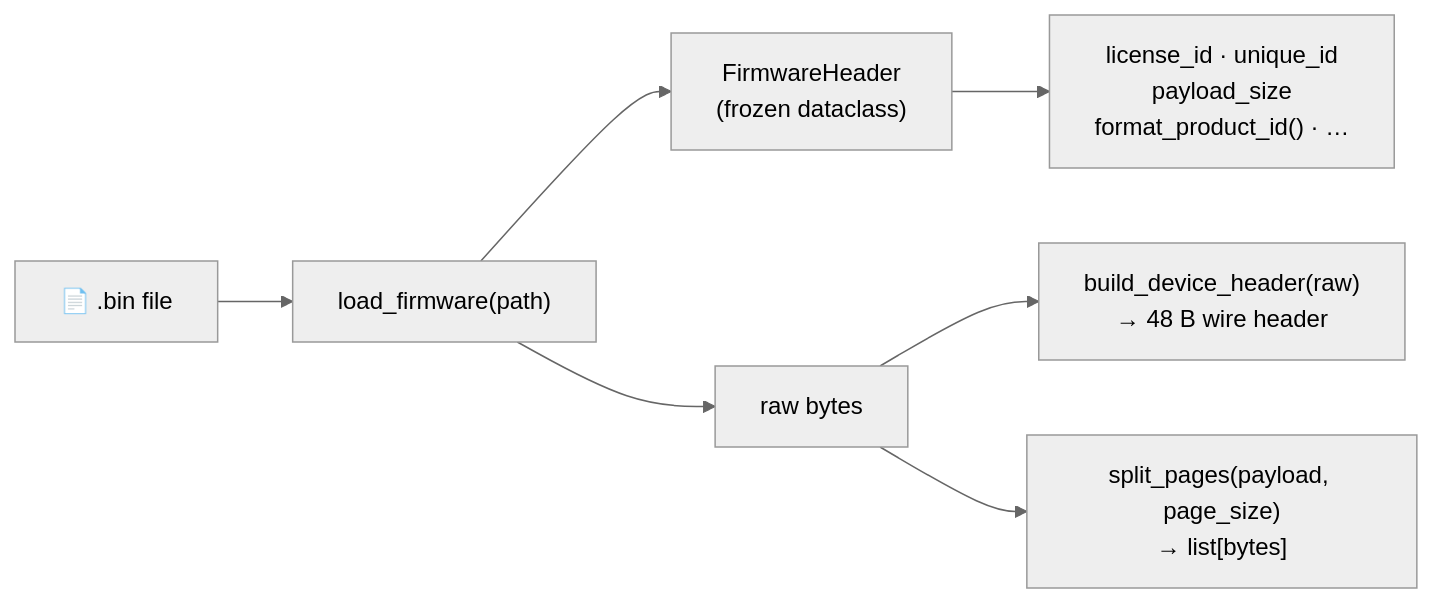
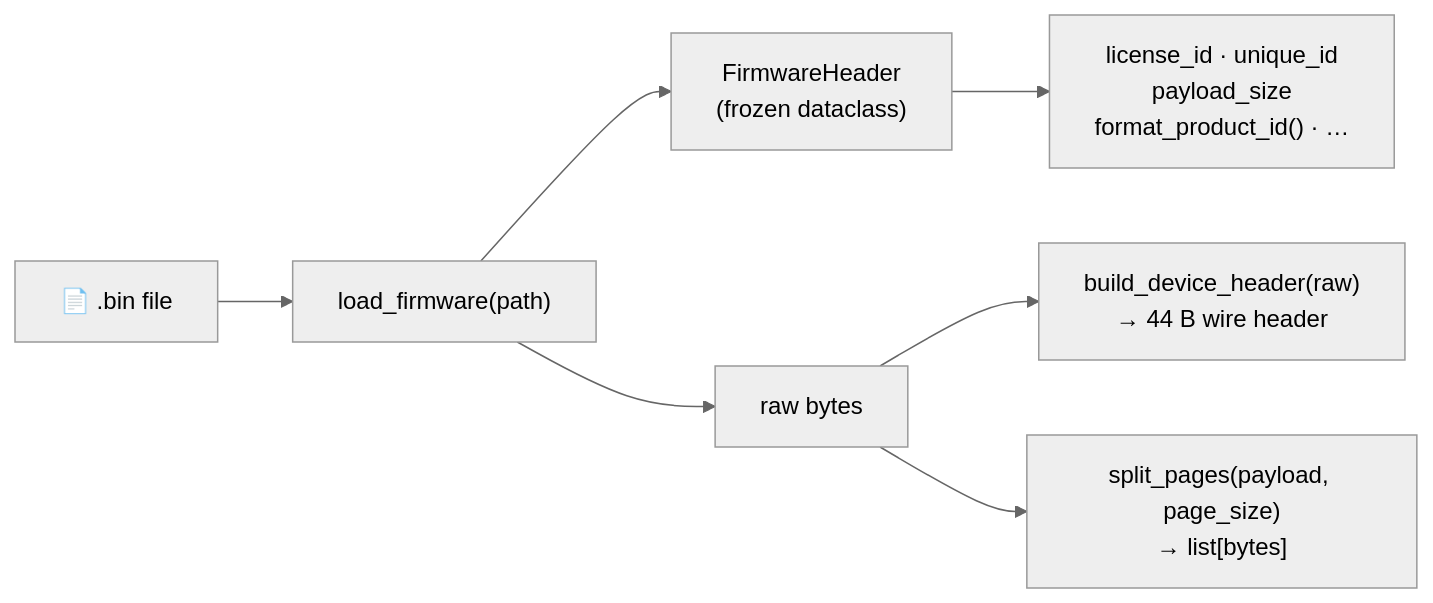
Before and after one commit to niwciu/SecureLoader: the third of 3 diagrams in docs/FIRMWARE_FORMAT.md, drawn with Mermaid (neutral theme). The commit also changed other lines of this file and 25 other files, not shown here.

````diff
--- a/docs/FIRMWARE_FORMAT.md
+++ b/docs/FIRMWARE_FORMAT.md
@@ -201,9 +207,9 @@
 ```mermaid
 flowchart LR
     file["📄 .bin file"] --> lf["load_firmware(path)"]
     lf --> hdr["FirmwareHeader\n(frozen dataclass)"]
     lf --> raw["raw bytes"]
-    raw --> bdh["build_device_header(raw)\n→ 48 B wire header"]
+    raw --> bdh["build_device_header(raw)\n→ 44 B wire header"]
     raw --> sp["split_pages(payload, page_size)\n→ list[bytes]"]
     hdr --> fields["license_id · unique_id\npayload_size\nformat_product_id() · …"]
 ```
````
